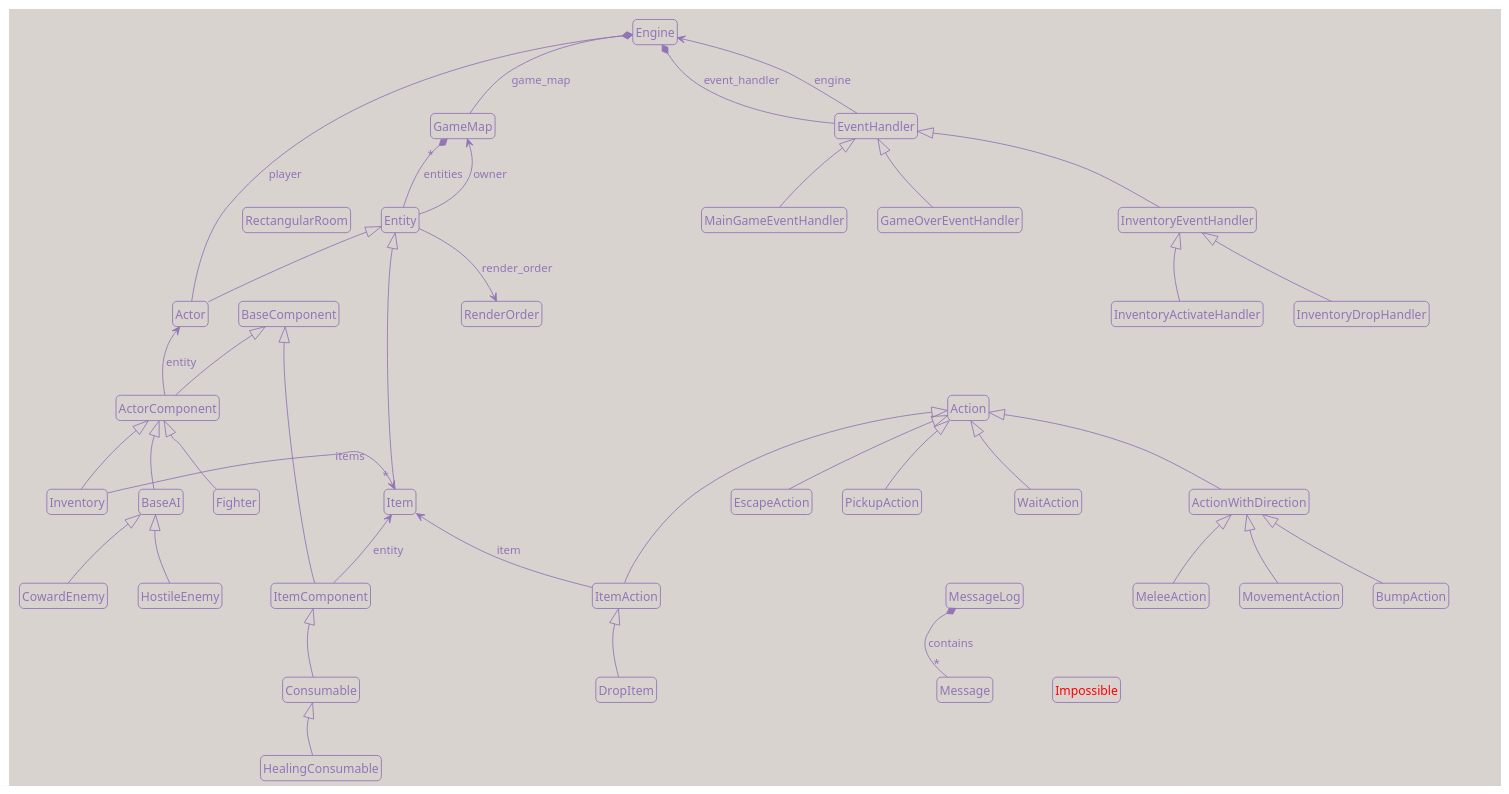
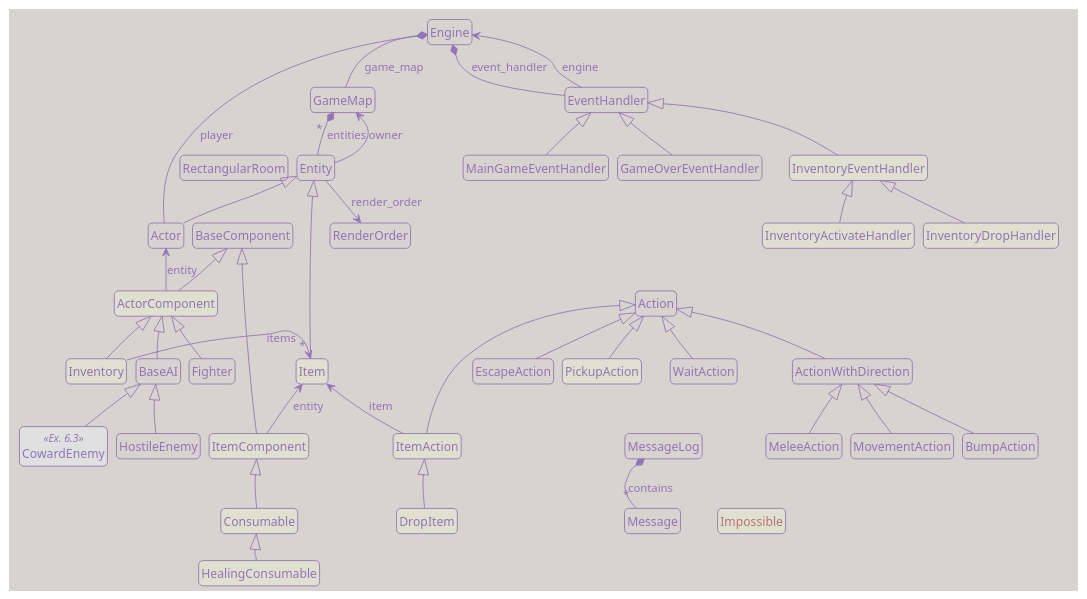
One commit to Darky-Lucera/roguelike-tutorials-website changed the diagram in content/tutorials/tcod/v3/uml/part8_classes.puml. Above: the diagram before and after it, drawn with PlantUML. The commit also changed 23 other files, not shown here.

Commit message:
Improved some images. Deleted some unused diagrams

```diff
--- a/content/tutorials/tcod/v3/uml/part8_classes.puml
+++ b/content/tutorials/tcod/v3/uml/part8_classes.puml
@@ -37,6 +37,9 @@
 skinparam noteMargin 2
 skinparam notePadding 2
 
+skinparam nodesep 10
+skinparam ranksep 30
+
 set namespaceSeparator none
 
 '--------------------------------------
@@ -62,7 +65,7 @@
 class "Actor" as game.entities.entity.Actor {
 }
 
-class "Item" as game.entities.entity.Item {
+class "Item" as game.entities.entity.Item #e0e0d0 {
 }
 
 class "BaseComponent" as game.entities.components.base_component.BaseComponent {
@@ -80,7 +83,7 @@
 class "RectangularRoom" as game.map.map_generator.RectangularRoom {
 }
 
-class "<color:red>Impossible</color>" as game.exceptions.Impossible {
+class "<color:#b57674>Impossible</color>" as game.exceptions.Impossible #e0e0d0 {
 }
 
 class "MainGameEventHandler" as game.input_handlers.MainGameEventHandler {
@@ -89,13 +92,13 @@
 class "GameOverEventHandler" as game.input_handlers.GameOverEventHandler {
 }
 
-class "InventoryEventHandler" as game.input_handlers.InventoryEventHandler {
+class "InventoryEventHandler" as game.input_handlers.InventoryEventHandler #e0e0d0 {
 }
 
-class "InventoryActivateHandler" as game.input_handlers.InventoryActivateHandler {
+class "InventoryActivateHandler" as game.input_handlers.InventoryActivateHandler #e0e0d0 {
 }
 
-class "InventoryDropHandler" as game.input_handlers.InventoryDropHandler {
+class "InventoryDropHandler" as game.input_handlers.InventoryDropHandler #e0e0d0 {
 }
 
 class "ActionWithDirection" as game.actions.ActionWithDirection {
@@ -116,22 +119,22 @@
 class "WaitAction" as game.actions.WaitAction {
 }
 
-class "PickupAction" as game.actions.PickupAction {
+class "PickupAction" as game.actions.PickupAction #e0e0d0 {
 }
 
-class "ItemAction" as game.actions.ItemAction {
+class "ItemAction" as game.actions.ItemAction #e0e0d0 {
 }
 
-class "DropItem" as game.actions.DropItem {
+class "DropItem" as game.actions.DropItem #e0e0d0 {
 }
 
-class "ActorComponent" as game.entities.components.base_component.ActorComponent {
+class "ActorComponent" as game.entities.components.base_component.ActorComponent #e0e0d0 {
 }
 
 class "Fighter" as game.entities.components.fighter.Fighter {
 }
 
-class "Inventory" as game.entities.components.inventory.Inventory {
+class "Inventory" as game.entities.components.inventory.Inventory #e0e0d0 {
 }
 
 class "BaseAI" as game.entities.components.ai.BaseAI {
@@ -140,16 +143,16 @@
 class "HostileEnemy" as game.entities.components.ai.HostileEnemy {
 }
 
-class "CowardEnemy" as game.entities.components.ai.CowardEnemy {
+class "CowardEnemy" as game.entities.components.ai.CowardEnemy <<Ex. 6.3>> #e0e0e0 {
 }
 
-class "ItemComponent" as game.entities.components.base_component.ItemComponent {
+class "ItemComponent" as game.entities.components.base_component.ItemComponent #e0e0d0 {
 }
 
-class "Consumable" as game.entities.components.consumable.Consumable {
+class "Consumable" as game.entities.components.consumable.Consumable #e0e0d0 {
 }
 
-class "HealingConsumable" as game.entities.components.consumable.HealingConsumable {
+class "HealingConsumable" as game.entities.components.consumable.HealingConsumable #e0e0d0 {
 }
 
 '--------------------------------------
```
